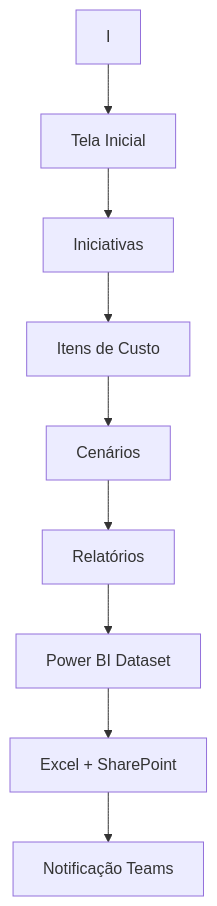
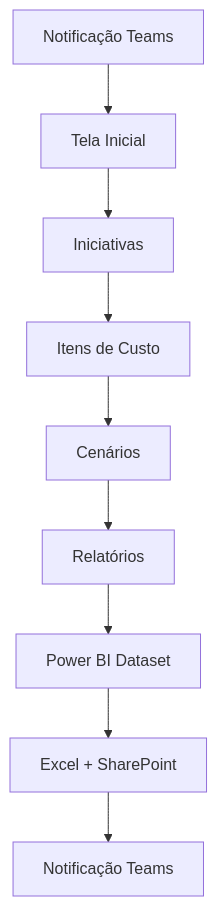
Before and after one commit to luigicaetano/APMDDocumentacao: the diagram in content/en/docs/planejamento-integrado/doc_planejamento_integrado.md, drawn with Mermaid.

Commit message:
visãogeral

````diff
--- a/content/en/docs/planejamento-integrado/doc_planejamento_integrado.md
+++ b/content/en/docs/planejamento-integrado/doc_planejamento_integrado.md
@@ -26,11 +26,11 @@
 ```mermaid
 graph TD
     A[Tela Inicial] --> B[Iniciativas]
-    B --> C[Itens de Custo]
-    C --> D[Cenários]
-    D --> E[Relatórios]
-    E --> F[Power BI Dataset]
-    F --> G[Excel + SharePoint]
-    G --> H[Notificação Teams]
-    I --> A[Tela Inicial]
+    B[Iniciativas] --> C[Itens de Custo]
+    C[Itens de Custo] --> D[Cenários]
+    D[Cenários] --> E[Relatórios]
+    E[Relatórios] --> F[Power BI Dataset]
+    F[Power BI Dataset] --> G[Excel + SharePoint]
+    G[Excel + SharePoint] --> H[Notificação Teams]
+    I[Notificação Teams] --> A[Tela Inicial]
 ```
````
